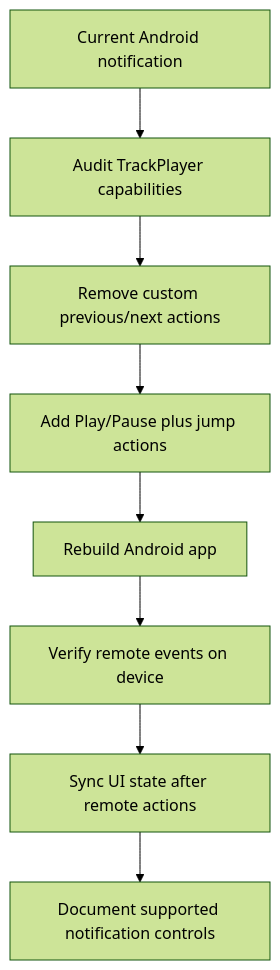
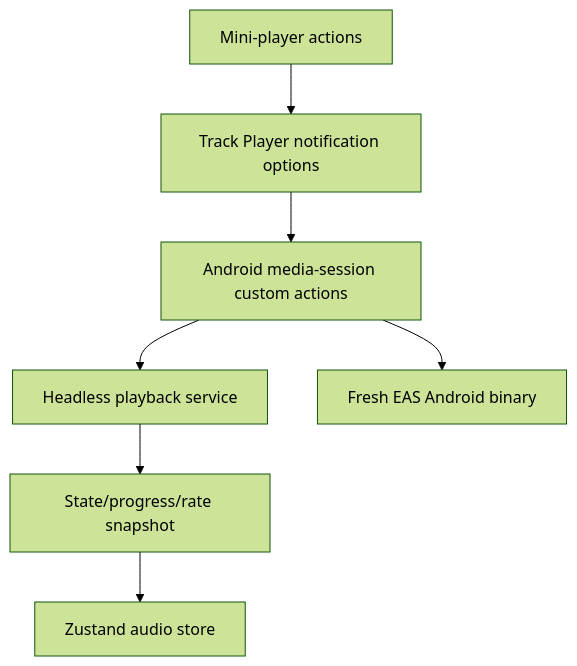
The diagram in brain/plans/2026-06-23-bug-fix-android-media-notification-controls.md (ishaqyusuf/telegram-blogcast), drawn with Mermaid (forest theme) before and after one commit. The commit also changed other lines of this file and 30 other files, not shown here.

Commit message:
Fix Android media notification custom actions

````diff
--- a/brain/plans/2026-06-23-bug-fix-android-media-notification-controls.md
+++ b/brain/plans/2026-06-23-bug-fix-android-media-notification-controls.md
@@ -62,10 +59,9 @@
 ```mermaid
 flowchart TD
-  A["Current Android notification"] --> B["Audit TrackPlayer capabilities"]
-  B --> C["Remove custom previous/next actions"]
-  C --> D["Add Play/Pause plus jump actions"]
-  D --> E["Rebuild Android app"]
-  E --> F["Verify remote events on device"]
-  F --> G["Sync UI state after remote actions"]
-  G --> H["Document supported notification controls"]
+  A["Mini-player actions"] --> B["Track Player notification options"]
+  B --> C["Android media-session custom actions"]
+  C --> D["Headless playback service"]
+  D --> E["State/progress/rate snapshot"]
+  E --> F["Zustand audio store"]
+  C --> G["Fresh EAS Android binary"]
 ```
````
